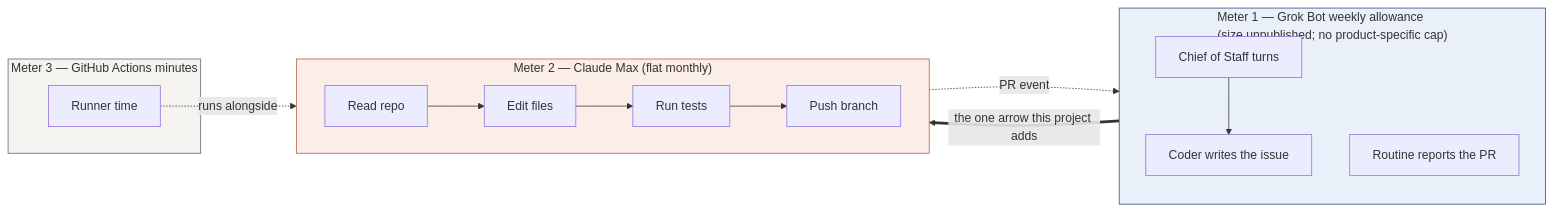
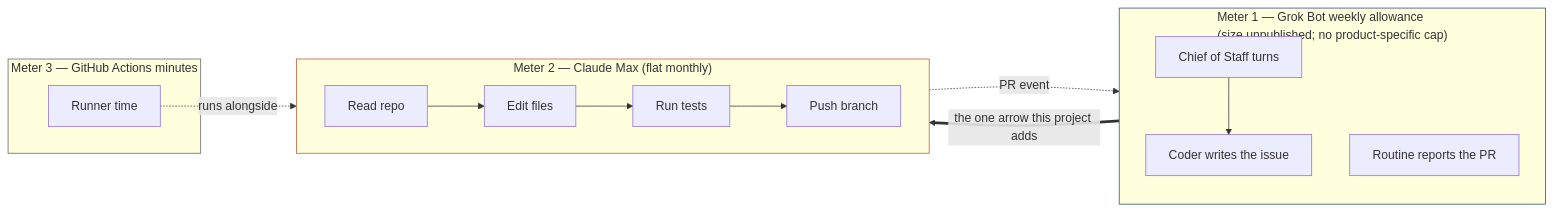
One commit to mathew-builds/Handoff changed the third of 4 diagrams in docs/01-architecture.md. Above: the diagram before and after it, drawn with Mermaid. The commit also changed other lines of this file and 6 other files, not shown here.

First line of the commit message:
fix: hard-coded Mermaid colours are unreadable in dark mode, including one I added today

````diff
--- a/docs/01-architecture.md
+++ b/docs/01-architecture.md
@@ -98,21 +98,21 @@
 ```mermaid
 flowchart LR
     subgraph M1["Meter 1 — Grok Bot weekly allowance<br/>(size unpublished; no product-specific cap)"]
         direction TB
         A[Chief of Staff turns] --> B[Coder writes the issue]
         C[Routine reports the PR]
     end
     subgraph M2["Meter 2 — Claude Max (flat monthly)"]
         direction LR
         D[Read repo] --> E[Edit files] --> F[Run tests] --> G[Push branch]
     end
     subgraph M3["Meter 3 — GitHub Actions minutes"]
         H[Runner time]
     end
     B == "the one arrow this project adds" ==> D
     G -. "PR event" .-> C
     H -. "runs alongside" .-> D
-    style M1 fill:#EAF0F9,stroke:#2C4A7C
-    style M2 fill:#FBEEE8,stroke:#B85A36
-    style M3 fill:#F5F3EF,stroke:#5C626B
+    style M1 stroke:#2C4A7C
+    style M2 stroke:#B85A36
+    style M3 stroke:#5C626B
 ```
````
